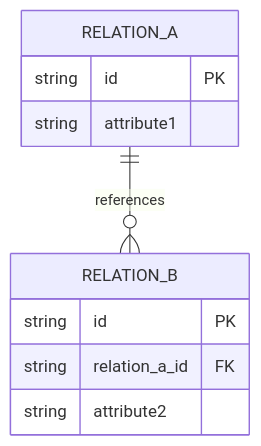
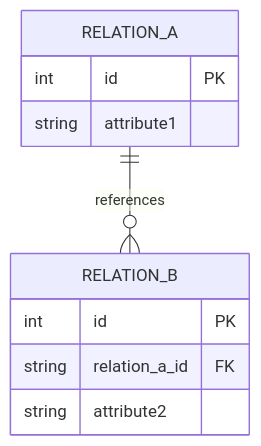
The diagram in .opencode/skills/logical-design/logical-design-template.md (thanhan11hz/ProjectCS486), drawn with Mermaid before and after one commit. The commit also changed 12 other files, not shown here.

````diff
--- a/.opencode/skills/logical-design/logical-design-template.md
+++ b/.opencode/skills/logical-design/logical-design-template.md
@@ -209,16 +209,16 @@
 ```mermaid
 erDiagram
 
     RELATION_A ||--o{ RELATION_B : references
 
     RELATION_A {
-        string id PK
+        int id PK
         string attribute1
     }
 
     RELATION_B {
-        string id PK
+        int id PK
         string relation_a_id FK
         string attribute2
     }
 ```
````
